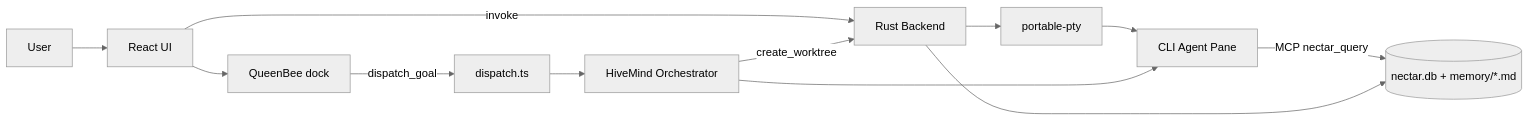
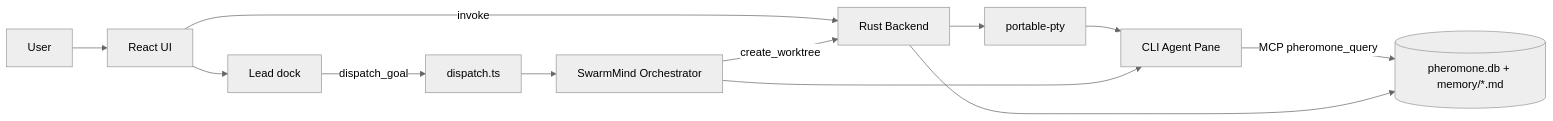
One commit to soumyachk101/swarm changed the first of 2 diagrams in README.md. Above: the diagram before and after it, drawn with Mermaid (neutral theme). The commit also changed other lines of this file and 557 other files, not shown here.

````diff
--- a/README.md
+++ b/README.md
@@ -37,13 +37,13 @@
 ```mermaid
 flowchart LR
     U[User] --> UI[React UI]
     UI -->|invoke| RS[Rust Backend]
     RS --> PTY[portable-pty] --> AG[CLI Agent Pane]
-    AG -->|MCP nectar_query| NEC[(nectar.db + memory/*.md)]
+    AG -->|MCP pheromone_query| NEC[(pheromone.db + memory/*.md)]
     RS --> NEC
-    UI --> QB[QueenBee dock]
+    UI --> QB[Lead dock]
     QB -->|dispatch_goal| DP[dispatch.ts]
-    DP --> ORCH[HiveMind Orchestrator]
+    DP --> ORCH[SwarmMind Orchestrator]
     ORCH -->|create_worktree| RS
     ORCH --> AG
 ```
````
